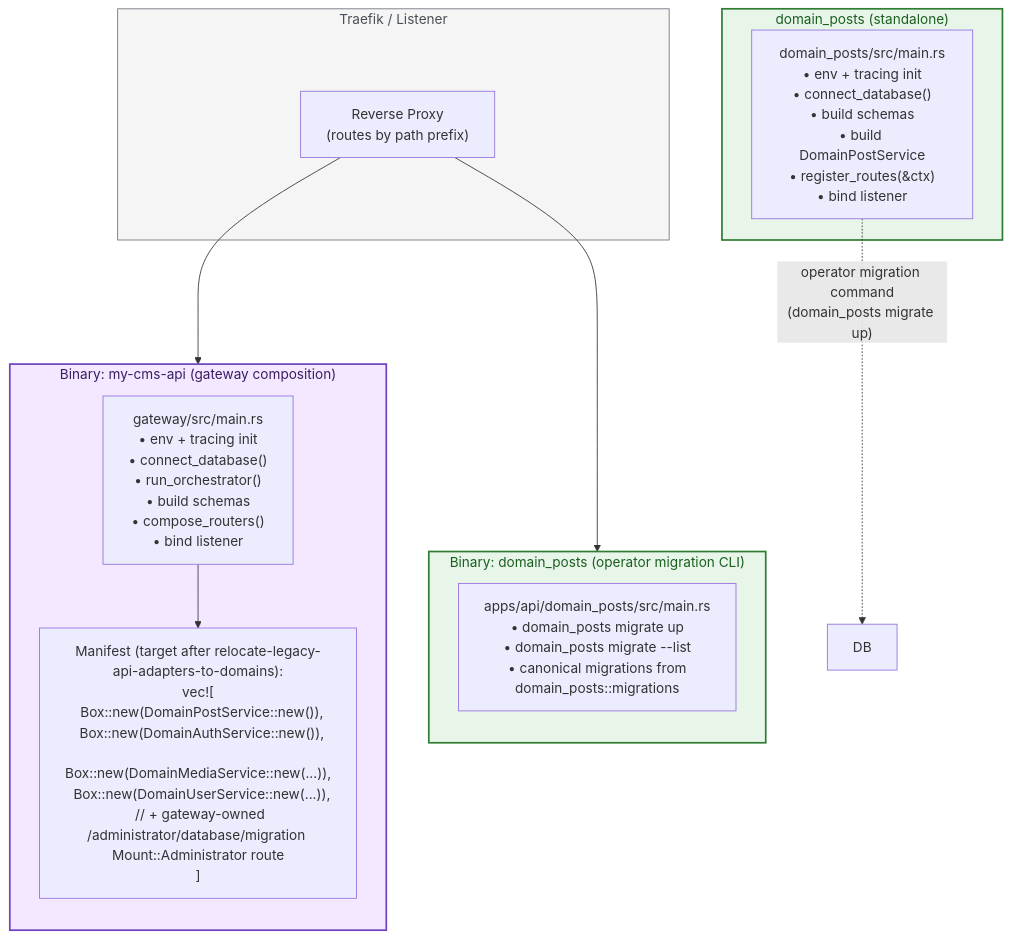
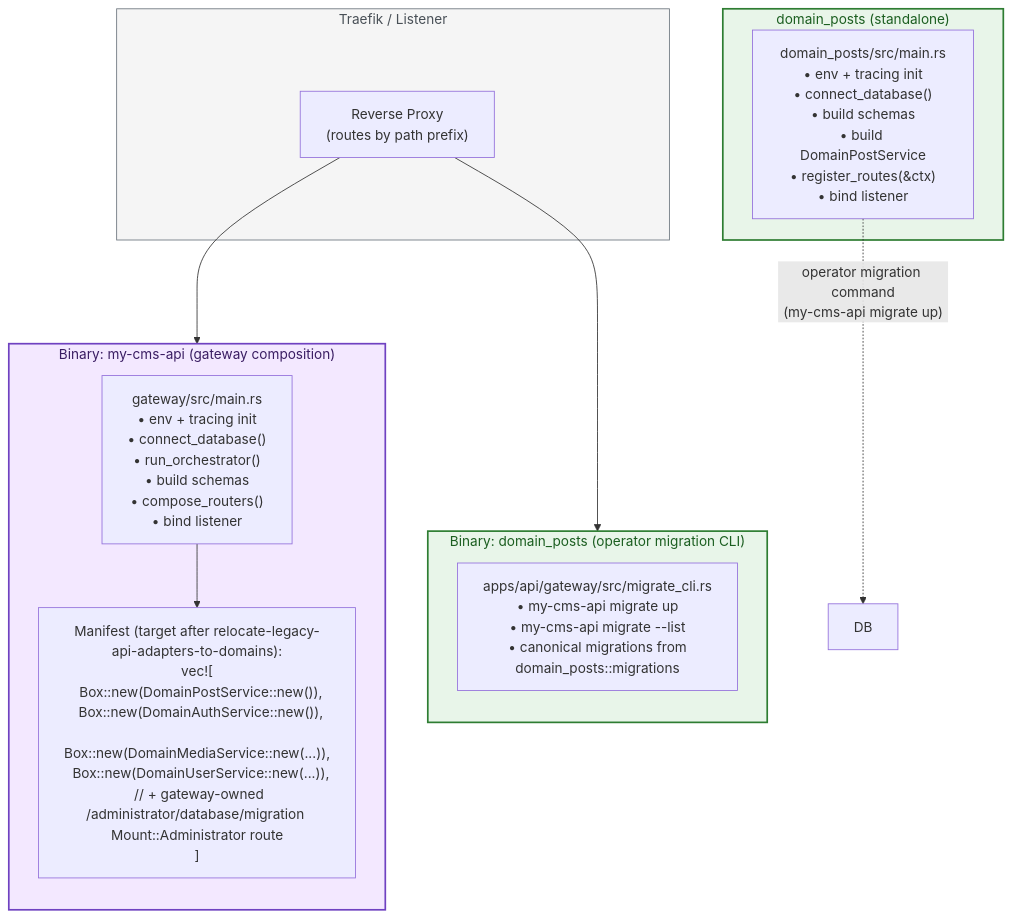
The second of 10 diagrams in docs/api-architecture.md (doitsu2014/my-cms), drawn with Mermaid before and after one commit. The commit also changed other lines of this file and 7 other files, not shown here.

````diff
--- a/docs/api-architecture.md
+++ b/docs/api-architecture.md
@@ -83,36 +83,36 @@
 ```mermaid
 graph TB
     subgraph traefik["Traefik / Listener"]
         LB["Reverse Proxy<br/>(routes by path prefix)"]
     end
 
     subgraph binA["Binary: my-cms-api  (gateway composition)"]
         direction TB
         GA["gateway/src/main.rs<br/>• env + tracing init<br/>• connect_database()<br/>• run_orchestrator()<br/>• build schemas<br/>• compose_routers()<br/>• bind listener"]
         MA["Manifest (target after relocate-legacy-api-adapters-to-domains):<br/>vec![<br/>  Box::new(DomainPostService::new()),<br/>  Box::new(DomainAuthService::new()),<br/>  Box::new(DomainMediaService::new(...)),<br/>  Box::new(DomainUserService::new(...)),<br/>  // + gateway-owned /administrator/database/migration Mount::Administrator route<br/>]"]
         GA --> MA
     end
 
     subgraph binB["Binary: domain_posts  (operator migration CLI)"]
         direction TB
-        LA["apps/api/domain_posts/src/main.rs<br/>• domain_posts migrate up<br/>• domain_posts migrate --list<br/>• canonical migrations from<br/>domain_posts::migrations"]
+        LA["apps/api/gateway/src/migrate_cli.rs<br/>• my-cms-api migrate up<br/>• my-cms-api migrate --list<br/>• canonical migrations from<br/>domain_posts::migrations"]
     end
 
     subgraph dp["domain_posts (standalone)"]
         DA["domain_posts/src/main.rs<br/>• env + tracing init<br/>• connect_database()<br/>• build schemas<br/>• build DomainPostService<br/>• register_routes(&ctx)<br/>• bind listener"]
     end
 
     LB --> binA
     LB --> binB
-    DA -. "operator migration command<br/>(domain_posts migrate up)" .-> DB
+    DA -. "operator migration command<br/>(my-cms-api migrate up)" .-> DB
 
     classDef gateway fill:#f3e8ff,stroke:#6f42c1,stroke-width:2px,color:#3a1d63
     classDef domain fill:#e8f5e9,stroke:#2e7d32,stroke-width:2px,color:#1b5e20
     classDef shim fill:#fff4e6,stroke:#d97706,stroke-width:1px,color:#7c2d12
     classDef lb fill:#f5f5f5,stroke:#6c757d,stroke-width:1px,color:#495057
 
     class binA gateway
     class dp domain
     class binB domain
     class traefik lb
 ```
````
